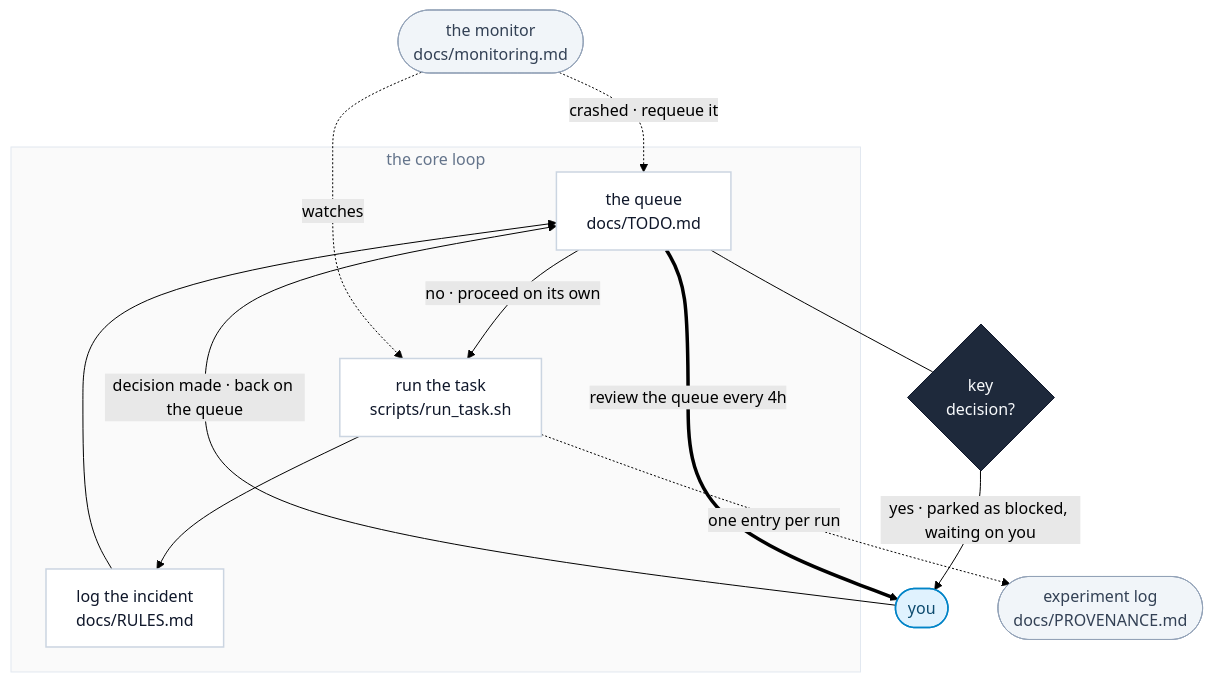
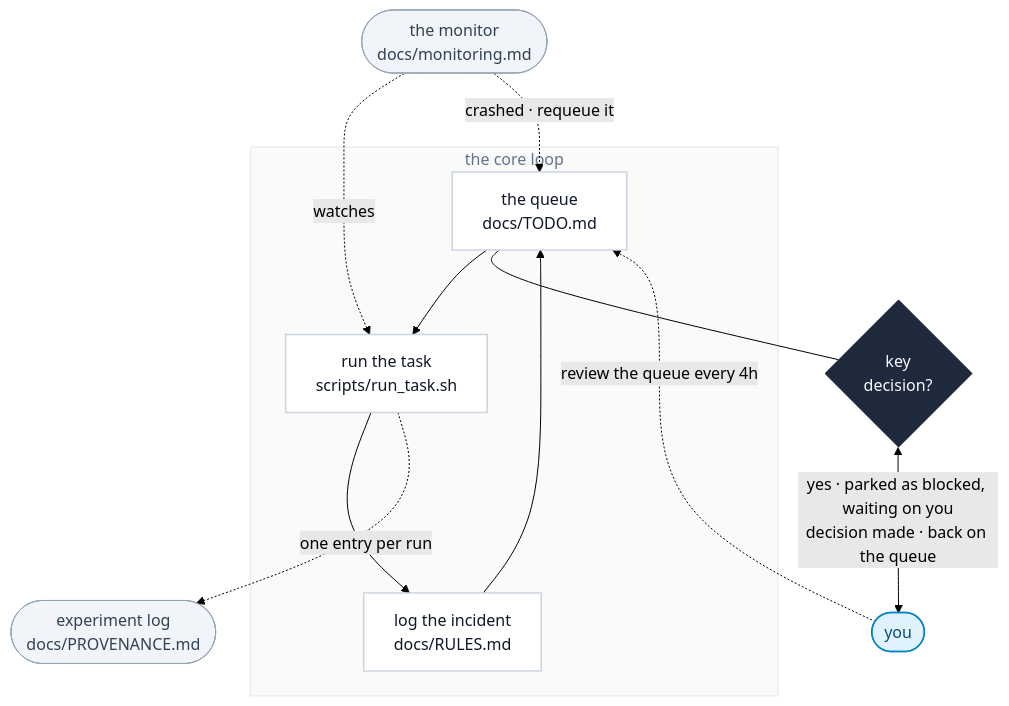
One commit to hashiruu/agent-experiment changed the diagram in README.en.md. Above: the diagram before and after it, drawn with Mermaid (forest theme). The commit also changed 1 other file, not shown here.

Commit message:
Keep the core loop tight so it reads as a ring

````diff
--- a/README.en.md
+++ b/README.en.md
@@ -31,30 +31,29 @@
 ```mermaid
 flowchart TB
     subgraph CORE["the core loop"]
         Q["the queue<br/>docs/TODO.md"]
         T["run the task<br/>scripts/run_task.sh"]
         R["log the incident<br/>docs/RULES.md"]
-        Q -->|"no · proceed on its own"| T
+        Q --> T
         T --> R
         R --> Q
     end
 
     Q --- D{"key<br/>decision?"}
-    D -->|"yes · parked as blocked, waiting on you"| HU(["you"])
-    HU -->|"decision made · back on the queue"| Q
-    Q ==>|"review the queue every 4h"| HU
+    D <-->|"yes · parked as blocked, waiting on you<br/>decision made · back on the queue"| HU(["you"])
+    HU -.->|"review the queue every 4h"| Q
 
-    T -.->|"one entry per run"| PV(["experiment log<br/>docs/PROVENANCE.md"])
     MO(["the monitor<br/>docs/monitoring.md"]) -.->|"watches"| T
     MO -.->|"crashed · requeue it"| Q
+    T -.->|"one entry per run"| PV(["experiment log<br/>docs/PROVENANCE.md"])
 
     classDef step fill:#FFFFFF,stroke:#CBD5E1,stroke-width:1.5px,color:#0F172A
     classDef gate fill:#1E293B,stroke:#0F172A,color:#F8FAFC
     classDef ext fill:#F1F5F9,stroke:#94A3B8,color:#334155
     classDef human fill:#E0F2FE,stroke:#0284C7,stroke-width:1.5px,color:#0C4A6E
     class Q,T,R step
     class D gate
     class MO,PV ext
     class HU human
     style CORE fill:#FAFAFA,stroke:#E2E8F0,color:#64748B
 ```
````
